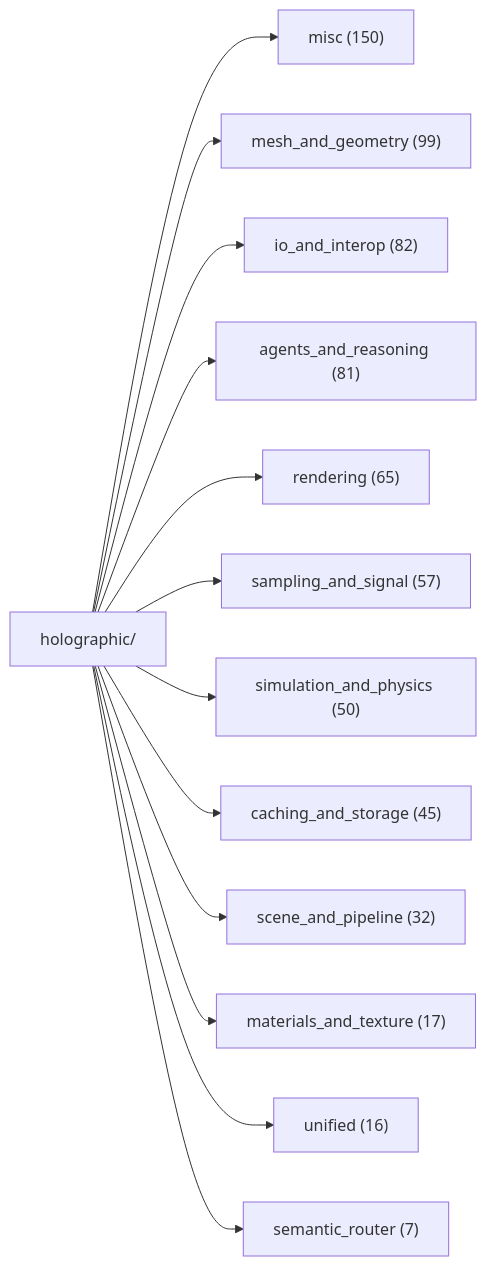
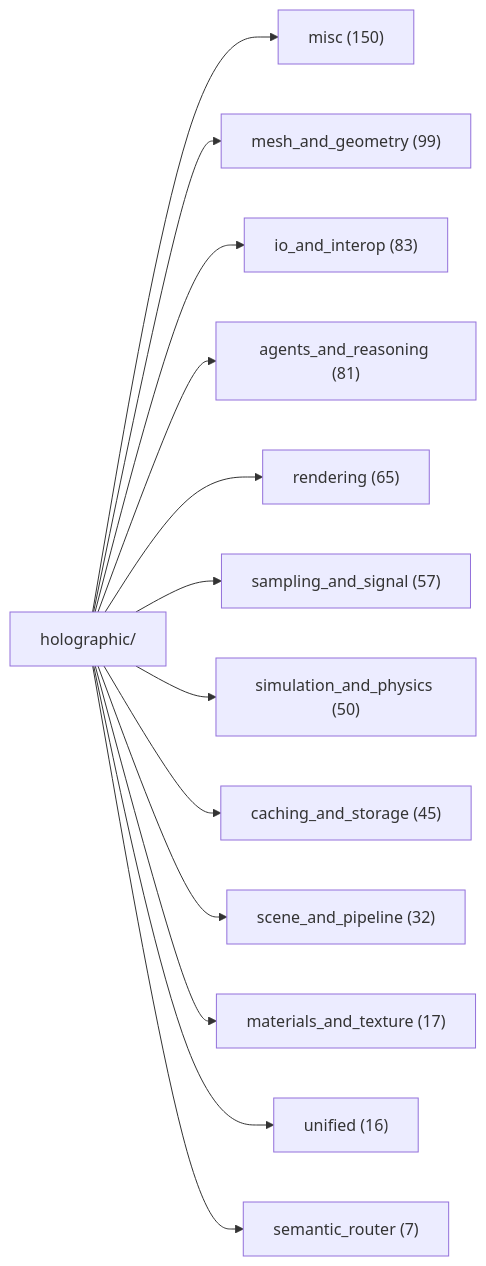
One commit to AnOversizedMooseWithSocks/leCore changed the first of 2 diagrams in docs/DOC_MAP.md. Above: the diagram before and after it, drawn with Mermaid. The commit also changed other lines of this file and 17 other files, not shown here.

````diff
--- a/docs/DOC_MAP.md
+++ b/docs/DOC_MAP.md
@@ -35,16 +35,16 @@
 ```mermaid
 graph LR
     H[holographic/]
     H --> misc["misc (150)"]
     H --> mesh["mesh_and_geometry (99)"]
-    H --> io_a["io_and_interop (82)"]
+    H --> io_a["io_and_interop (83)"]
     H --> agen["agents_and_reasoning (81)"]
     H --> rend["rendering (65)"]
     H --> samp["sampling_and_signal (57)"]
     H --> simu["simulation_and_physics (50)"]
     H --> cach["caching_and_storage (45)"]
     H --> scen["scene_and_pipeline (32)"]
     H --> mate["materials_and_texture (17)"]
     H --> unif["unified (16)"]
     H --> sema["semantic_router (7)"]
 ```
````
